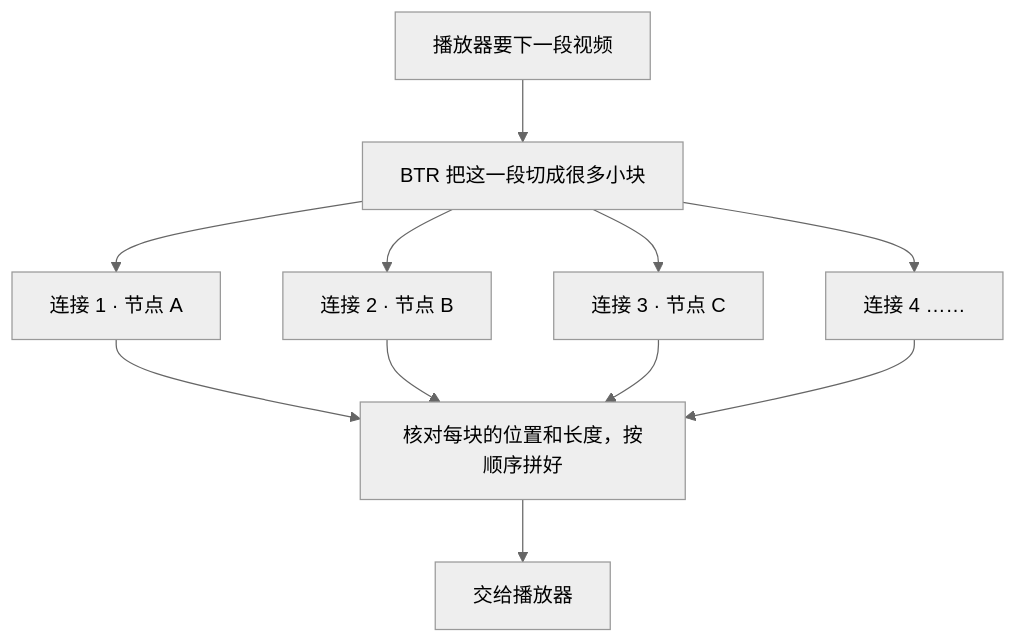
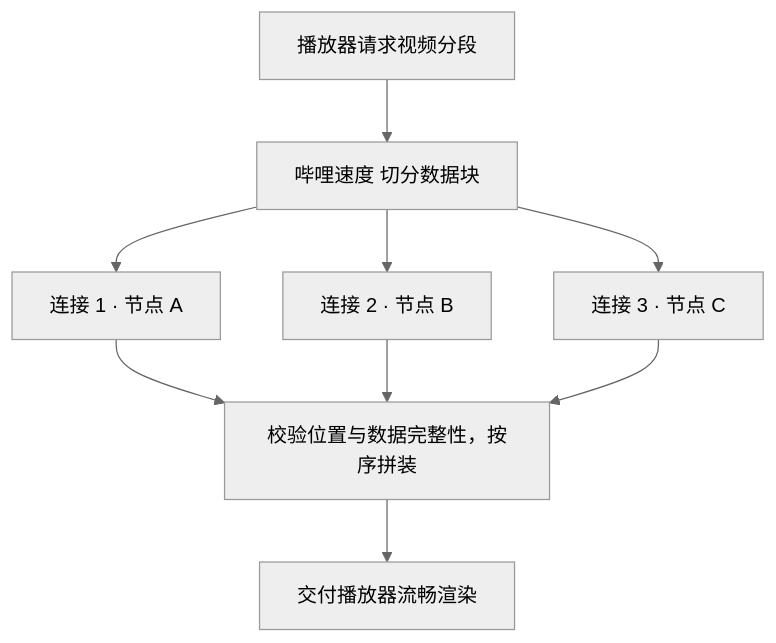
One commit to Aintor/Bilibili-thread-ripper changed the diagram in README.md. Above: the diagram before and after it, drawn with Mermaid (neutral theme). The commit also changed other lines of this file, not shown here.

Commit message:
docs: streamline README for 哔哩速度 macOS Safari App, keep upstream link and license

````diff
--- a/README.md
+++ b/README.md
@@ -174,7 +72,7 @@
 ```mermaid
 flowchart TD
-    A["播放器要下一段视频"] --> B["BTR 把这一段切成很多小块"]
-    B --> C1["连接 1 · 节点 A"] & C2["连接 2 · 节点 B"] & C3["连接 3 · 节点 C"] & C4["连接 4 ……"]
-    C1 & C2 & C3 & C4 --> D["核对每块的位置和长度，按顺序拼好"]
-    D --> E["交给播放器"]
+    A["播放器请求视频分段"] --> B["哔哩速度 切分数据块"]
+    B --> C1["连接 1 · 节点 A"] & C2["连接 2 · 节点 B"] & C3["连接 3 · 节点 C"]
+    C1 & C2 & C3 --> D["校验位置与数据完整性，按序拼装"]
+    D --> E["交付播放器流畅渲染"]
 ```
````
